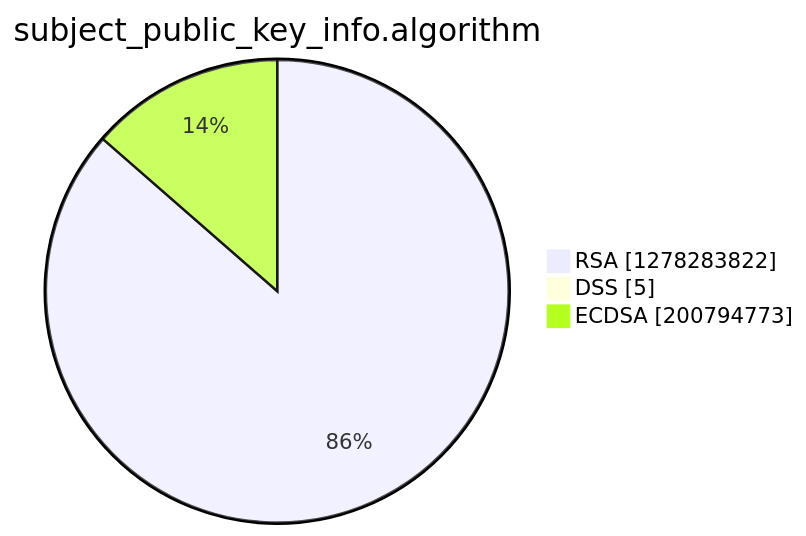
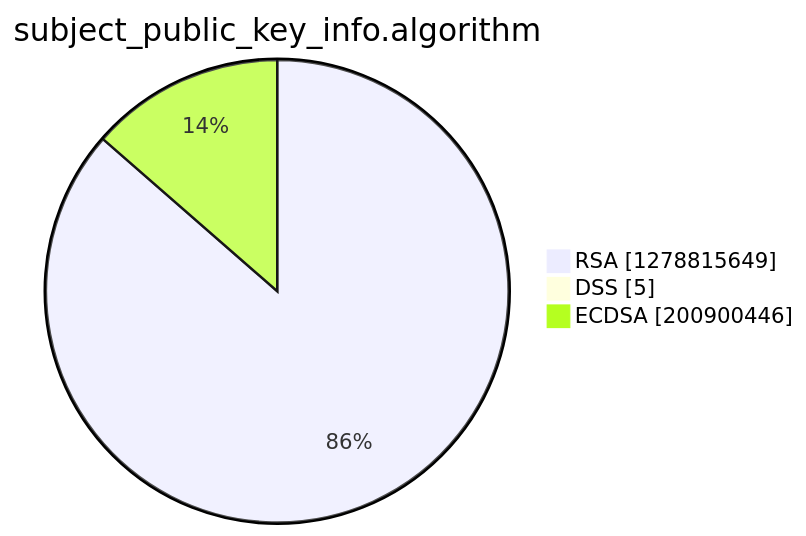
Before and after one commit to christiankrug/ctmonitor_visualization: the third of 15 diagrams in argon2022/README.md, drawn with Mermaid. The commit also changed other lines of this file, not shown here.

````diff
--- a/argon2022/README.md
+++ b/argon2022/README.md
@@ -14,7 +14,7 @@
 ```mermaid
 pie showData
 title subject_public_key_info.algorithm
-"RSA" :1278283822
+"RSA" :1278815649
 "DSS" :5
-"ECDSA" :200794773
+"ECDSA" :200900446
 ```
````
